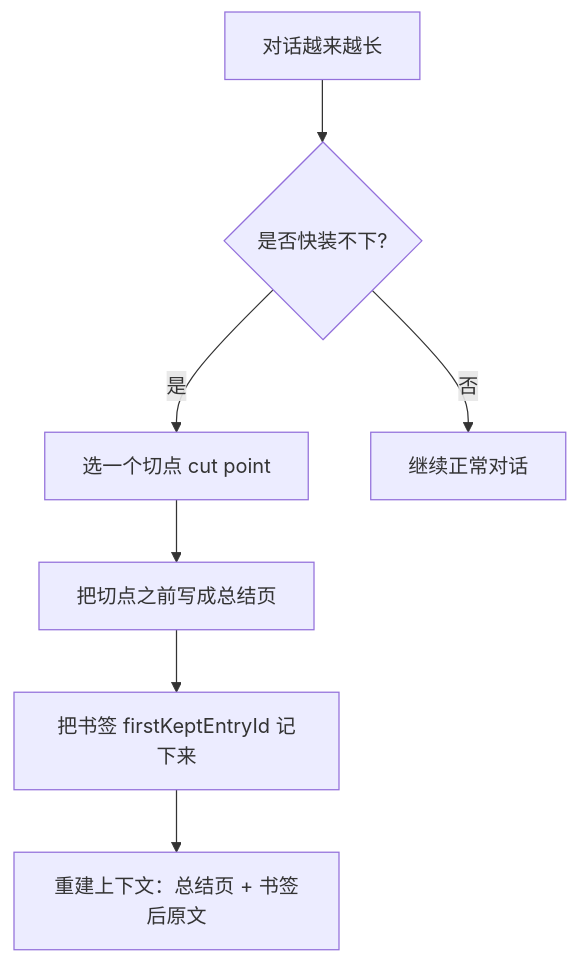
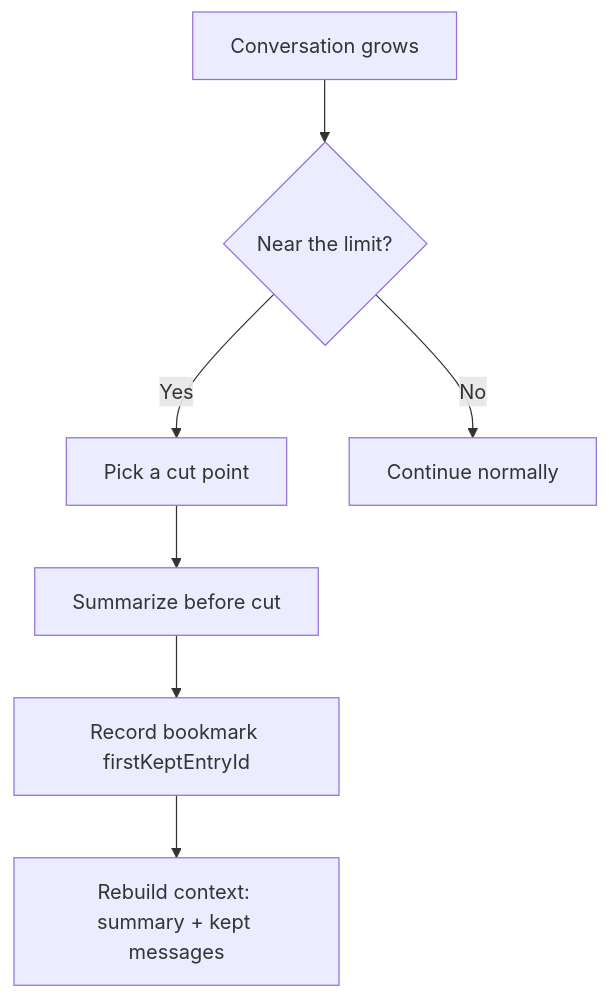
The diagram in docs/clawbot/pi-mono 上下文压缩源码级拆解.md (parkgogogo/blogs-md), drawn with Mermaid before and after one commit. The commit also changed 1 other file, not shown here.

Commit message:
docs: switch mermaid node labels to English to avoid renderer overflow

````diff
--- a/docs/clawbot/pi-mono 上下文压缩源码级拆解.md
+++ b/docs/clawbot/pi-mono 上下文压缩源码级拆解.md
@@ -33,9 +33,9 @@
 ```mermaid
 flowchart TD
-  A[对话越来越长] --> B{是否快装不下?}
-  B -->|是| C[选一个切点 cut point]
-  C --> D[把切点之前写成总结页]
-  D --> E[把书签 firstKeptEntryId 记下来]
-  E --> F[重建上下文：总结页 + 书签后原文]
-  B -->|否| G[继续正常对话]
+  A[Conversation grows] --> B{Near the limit?}
+  B -->|Yes| C[Pick a cut point]
+  C --> D[Summarize before cut]
+  D --> E[Record bookmark firstKeptEntryId]
+  E --> F[Rebuild context: summary + kept messages]
+  B -->|No| G[Continue normally]
 ```
````
